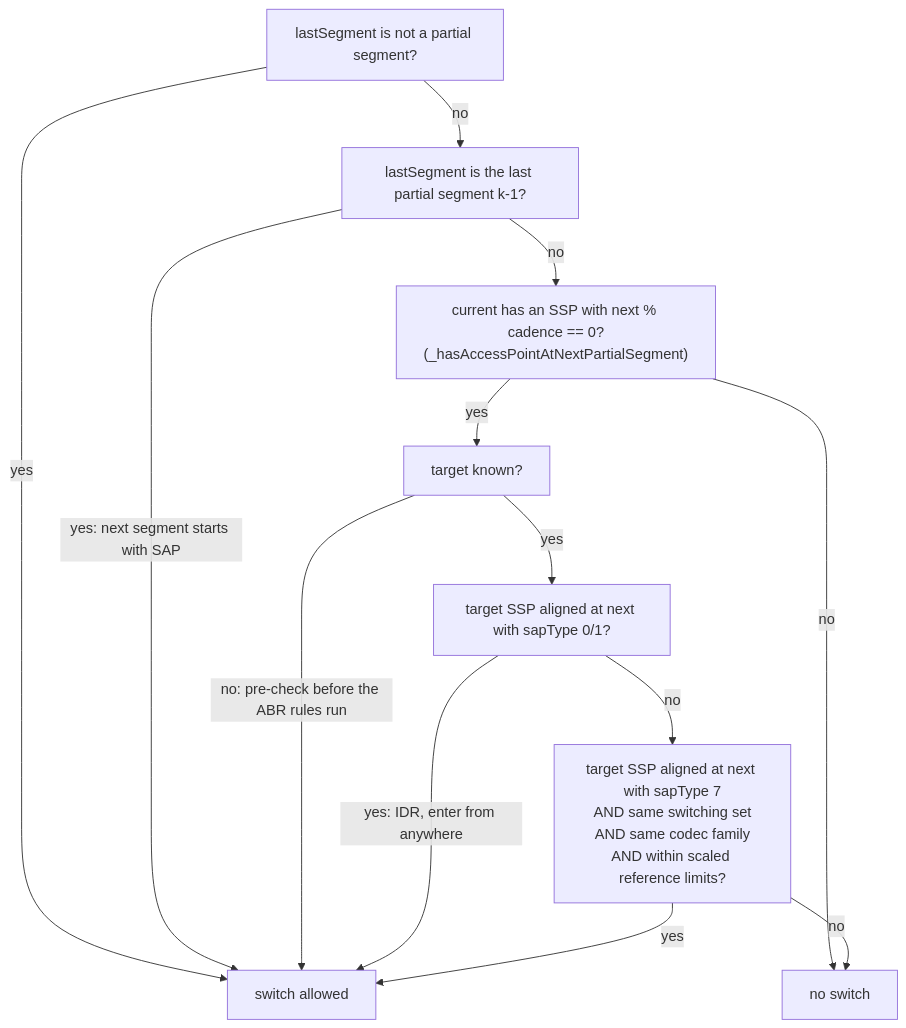
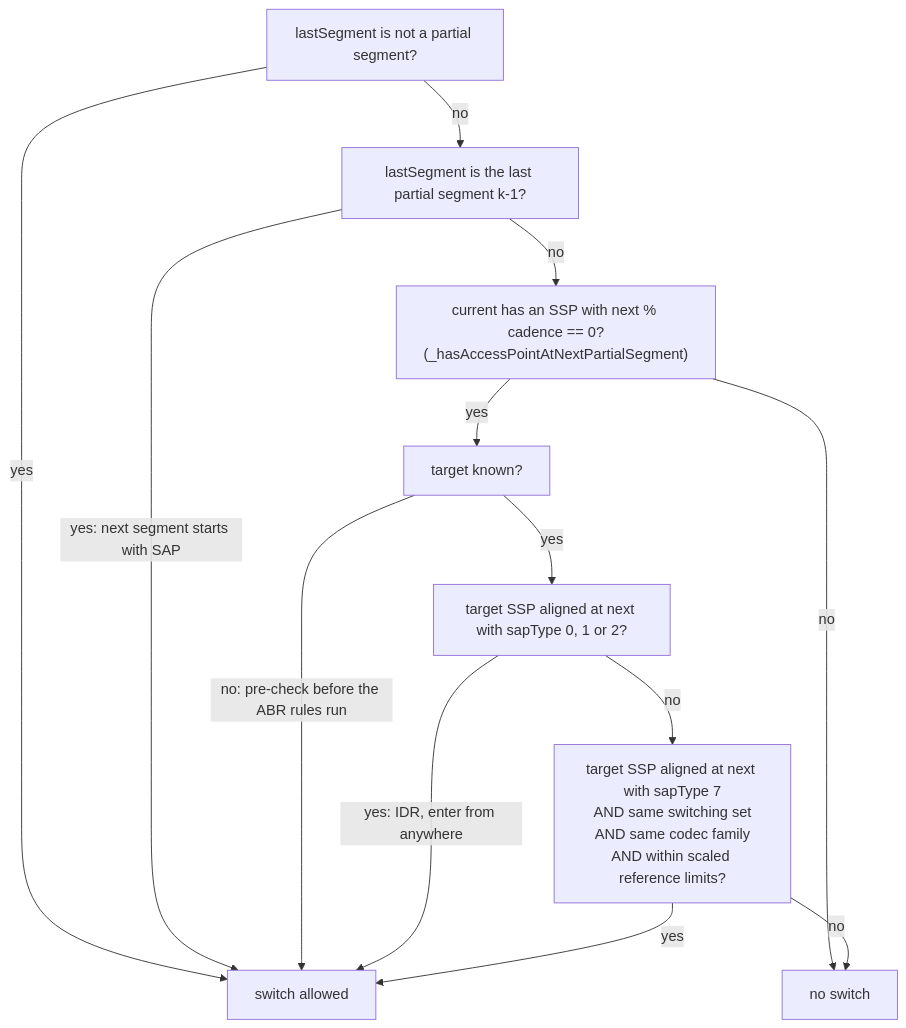
The diagram in docs/site/pages/developers/abr-s-frame-switching.md (Dash-Industry-Forum/dash.js), drawn with Mermaid before and after one commit. The commit also changed other lines of this file, not shown here.

````diff
--- a/docs/site/pages/developers/abr-s-frame-switching.md
+++ b/docs/site/pages/developers/abr-s-frame-switching.md
@@ -85,15 +85,15 @@
 ```mermaid
 flowchart TD
     A[lastSegment is not a partial segment?] -->|yes| OK[switch allowed]
     A -->|no| B[lastSegment is the last partial segment k-1?]
     B -->|yes: next segment starts with SAP| OK
     B -->|no| C["current has an SSP with next % cadence == 0?<br/>(_hasAccessPointAtNextPartialSegment)"]
     C -->|no| NO[no switch]
     C -->|yes| D[target known?]
     D -->|no: pre-check before the ABR rules run| OK
-    D -->|yes| E["target SSP aligned at next with sapType 0/1?"]
+    D -->|yes| E["target SSP aligned at next with sapType 0, 1 or 2?"]
     E -->|yes: IDR, enter from anywhere| OK
     E -->|no| F["target SSP aligned at next with sapType 7<br/>AND same switching set<br/>AND same codec family<br/>AND within scaled reference limits?"]
     F -->|yes| OK
     F -->|no| NO
 ```
````
